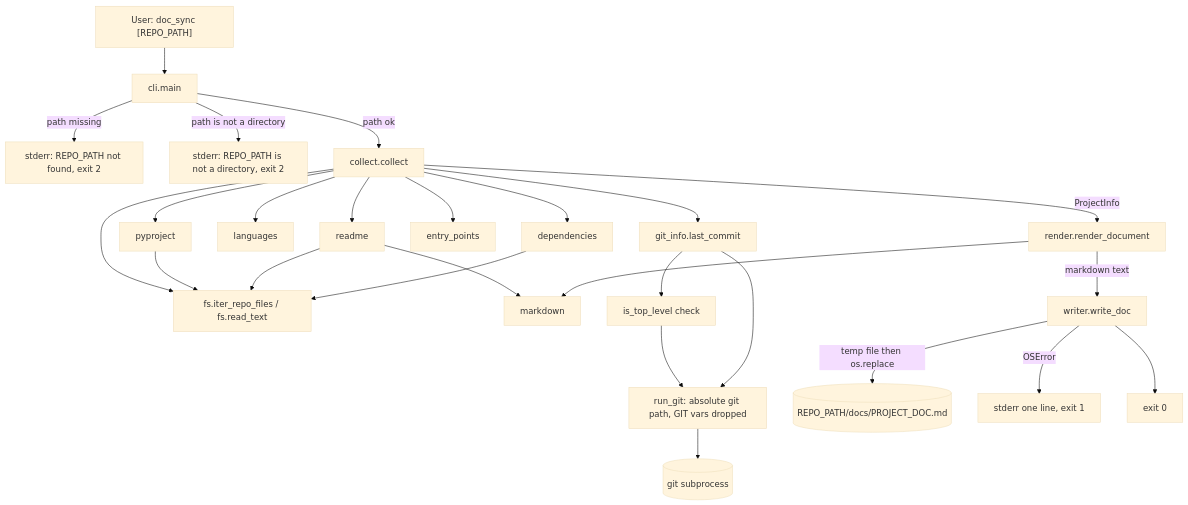
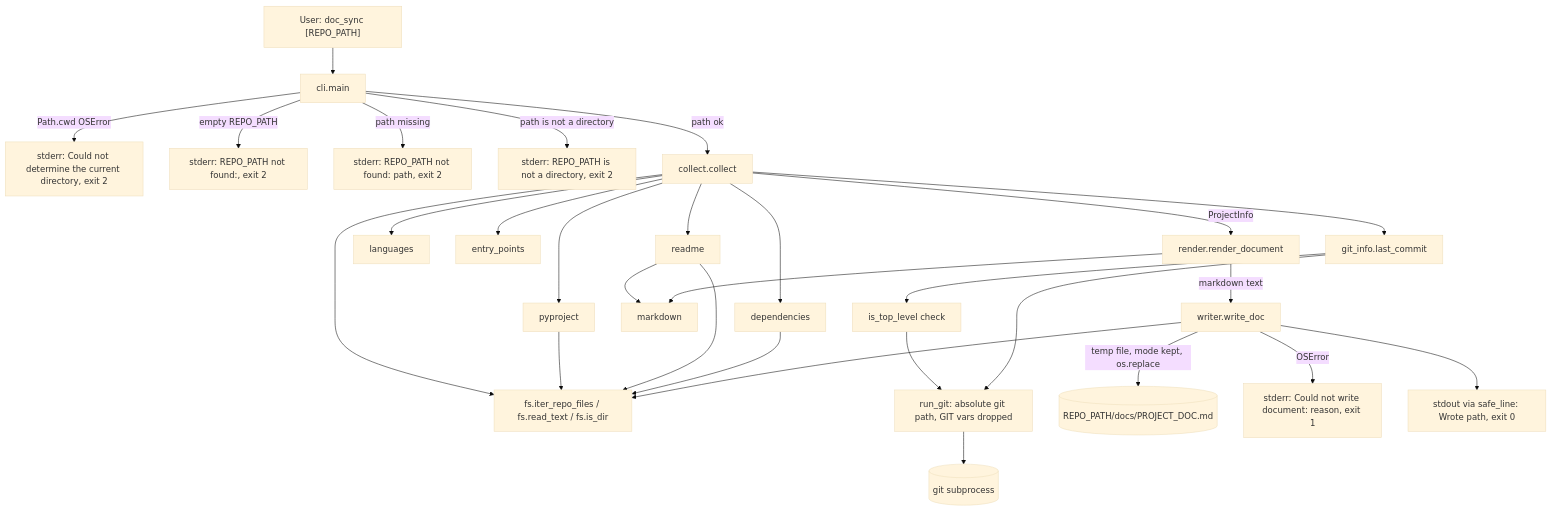
Before and after one commit to abhi7990484365/doc-sync-claude: the diagram in docs/architecture.md, drawn with Mermaid (base theme). The commit also changed other lines of this file and 1 other file, not shown here.

Commit message:
docs: sync architecture with code after review

````diff
--- a/docs/architecture.md
+++ b/docs/architecture.md
@@ -71,28 +82,31 @@
 ```mermaid
 flowchart TD
     U["User: doc_sync [REPO_PATH]"] --> CLI["cli.main"]
-    CLI -->|"path missing"| ERR2["stderr: REPO_PATH not found, exit 2"]
+    CLI -->|"Path.cwd OSError"| ERRC["stderr: Could not determine the current directory, exit 2"]
+    CLI -->|"empty REPO_PATH"| ERRE["stderr: REPO_PATH not found:, exit 2"]
+    CLI -->|"path missing"| ERR2["stderr: REPO_PATH not found: path, exit 2"]
     CLI -->|"path is not a directory"| ERRD["stderr: REPO_PATH is not a directory, exit 2"]
     CLI -->|"path ok"| COL["collect.collect"]
-    COL --> FS["fs.iter_repo_files / fs.read_text"]
+    COL --> FS["fs.iter_repo_files / fs.read_text / fs.is_dir"]
     COL --> PP["pyproject"]
     COL --> RM["readme"]
     COL --> LG["languages"]
     COL --> DP["dependencies"]
     COL --> EP["entry_points"]
     COL --> GI["git_info.last_commit"]
     RM --> MD["markdown"]
     GI --> TL["is_top_level check"]
     TL --> RG["run_git: absolute git path, GIT vars dropped"]
     GI --> RG
     RG --> GIT[("git subprocess")]
     PP --> FS
     RM --> FS
     DP --> FS
     COL -->|"ProjectInfo"| RN["render.render_document"]
     RN --> MD
     RN -->|"markdown text"| WR["writer.write_doc"]
-    WR -->|"temp file then os.replace"| OUT[("REPO_PATH/docs/PROJECT_DOC.md")]
-    WR -->|"OSError"| ERR1["stderr one line, exit 1"]
-    WR --> OK["exit 0"]
+    WR --> FS
+    WR -->|"temp file, mode kept, os.replace"| OUT[("REPO_PATH/docs/PROJECT_DOC.md")]
+    WR -->|"OSError"| ERR1["stderr: Could not write document: reason, exit 1"]
+    WR --> OK["stdout via safe_line: Wrote path, exit 0"]
 ```
````
